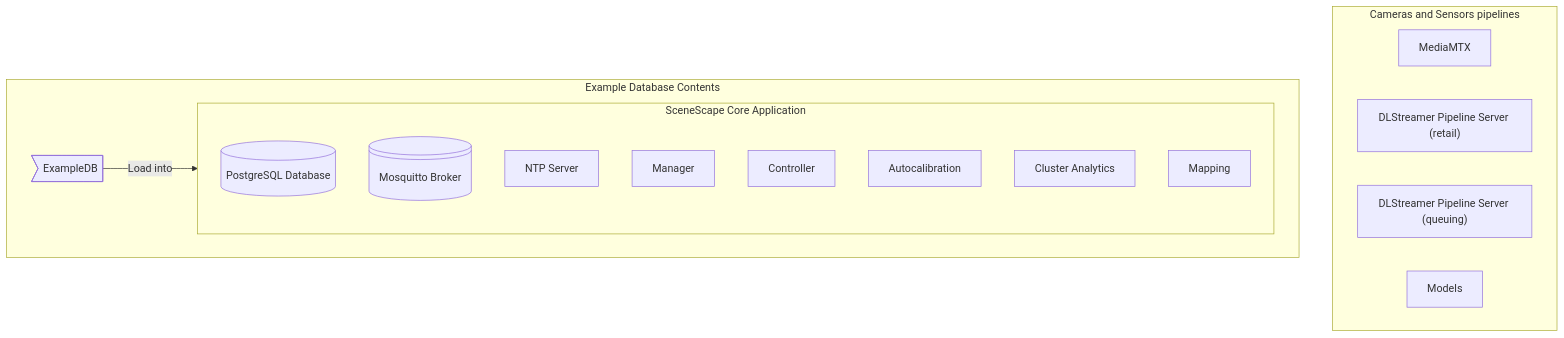
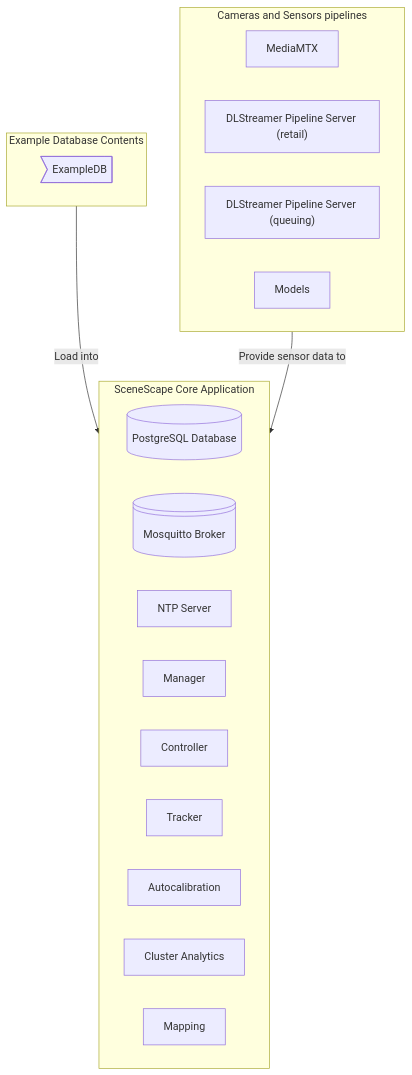
One commit to open-edge-platform/scenescape changed the second of 2 diagrams in docs/design/core-scenescape-deployment-package.md. Above: the diagram before and after it, drawn with Mermaid. The commit also changed other lines of this file, not shown here.

````diff
--- a/docs/design/core-scenescape-deployment-package.md
+++ b/docs/design/core-scenescape-deployment-package.md
@@ -66,25 +67,29 @@
 ```mermaid
 flowchart TB
   subgraph core [SceneScape Core Application]
     Postgres["PostgreSQL Database"]@{ shape: "cylinder" }
     Mosquitto["Mosquitto Broker"]@{ shape: "lin-cyl" }
     NTP["NTP Server"]
     Manager["Manager"]
     Controller["Controller"]
+    Tracker["Tracker"]
     Autocalibration["Autocalibration"]
     ClusterAnalytics["Cluster Analytics"]
     Mapping["Mapping"]
   end
 
   subgraph sensors [Cameras and Sensors pipelines]
     MediaMtx["MediaMTX"]
     DLSPSRetail["DLStreamer Pipeline Server (retail)"]
     DLSPSSQueuing["DLStreamer Pipeline Server (queuing)"]
     Models["Models"]
   end
 
   subgraph data [Example Database Contents]
     ExampleDB@{ shape: "odd" }
-    ExampleDB -->|Load into| core
+
   end
+
+  data -->|Load into| core
+  sensors -->|Provide sensor data to| core
 ```
````
